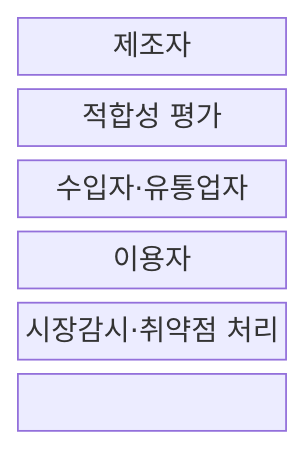
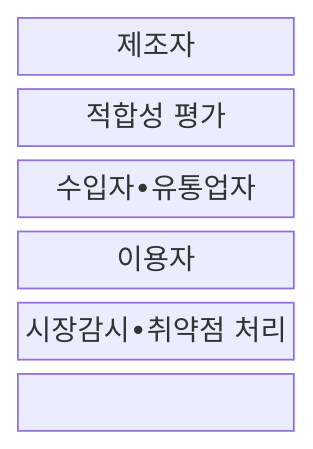
The first of 2 diagrams in src/content/docs/notes/07-law-policy/035_eu_cyber_resilience_act.md (agnusdei1207/knowledge-base), drawn with Mermaid before and after one commit. The commit also changed other lines of this file and 953 other files, not shown here.

````diff
--- a/src/content/docs/notes/07-law-policy/035_eu_cyber_resilience_act.md
+++ b/src/content/docs/notes/07-law-policy/035_eu_cyber_resilience_act.md
@@ -67,11 +67,11 @@
 ```mermaid
 block-beta
   columns 1
   M["제조자"]
   C["적합성 평가"]
-  I["수입자·유통업자"]
+  I["수입자•유통업자"]
   U["이용자"]
-  A["시장감시·취약점 처리"]
+  A["시장감시•취약점 처리"]
   M --- C --- I
   I --- U --- A
 ```
````
